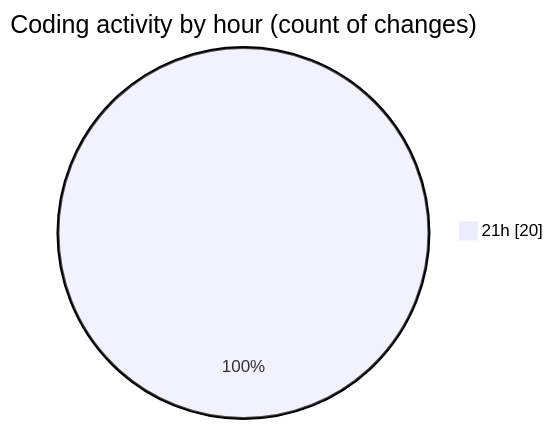
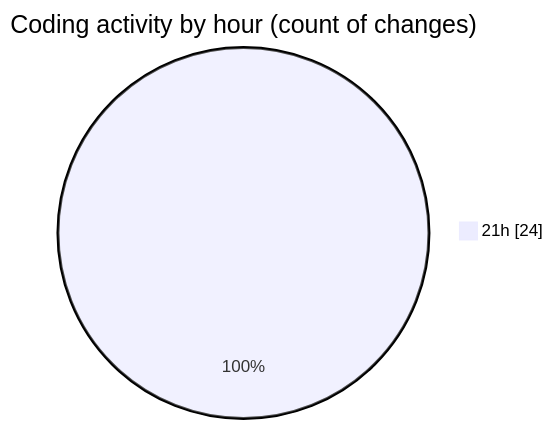
The second of 2 diagrams in 2025-07-22/nhahang/README.md (lephambinh05/code-tracking), drawn with Mermaid before and after one commit. The commit also changed other lines of this file and 1 other file, not shown here.

````diff
--- a/2025-07-22/nhahang/README.md
+++ b/2025-07-22/nhahang/README.md
@@ -38,5 +40,5 @@
 ```mermaid
 pie showData
 title Coding activity by hour (count of changes)
-"21h" : 20
+"21h" : 24
 ```
````
